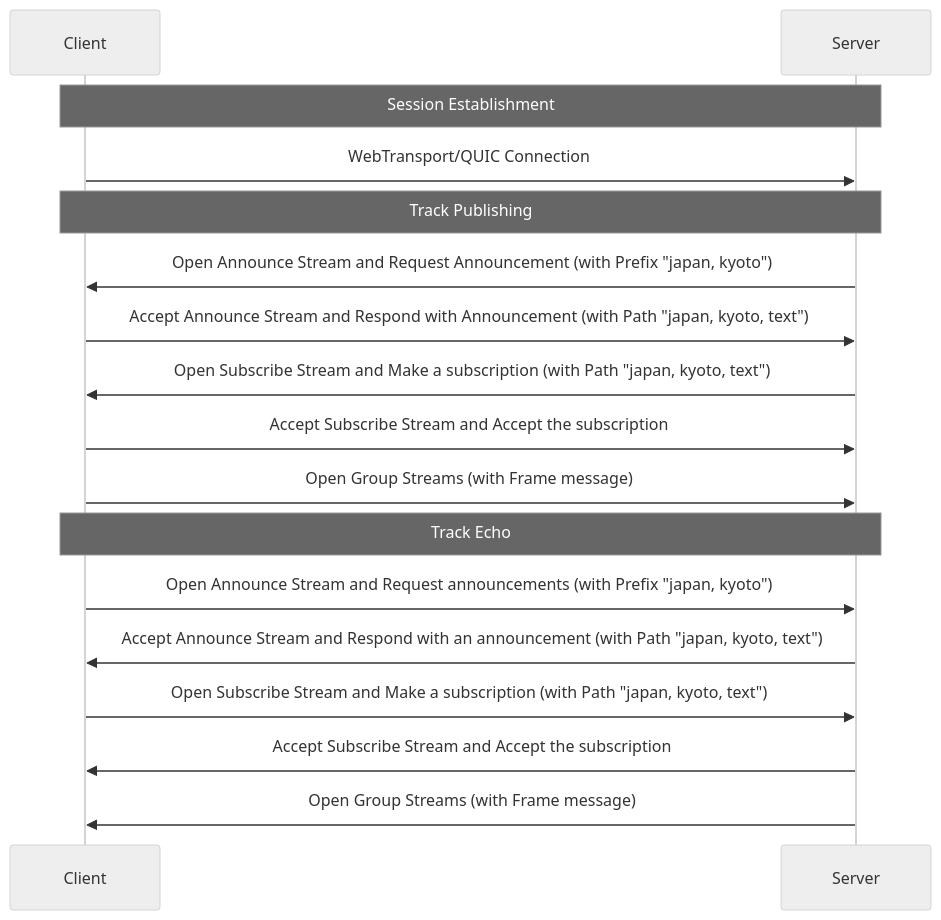
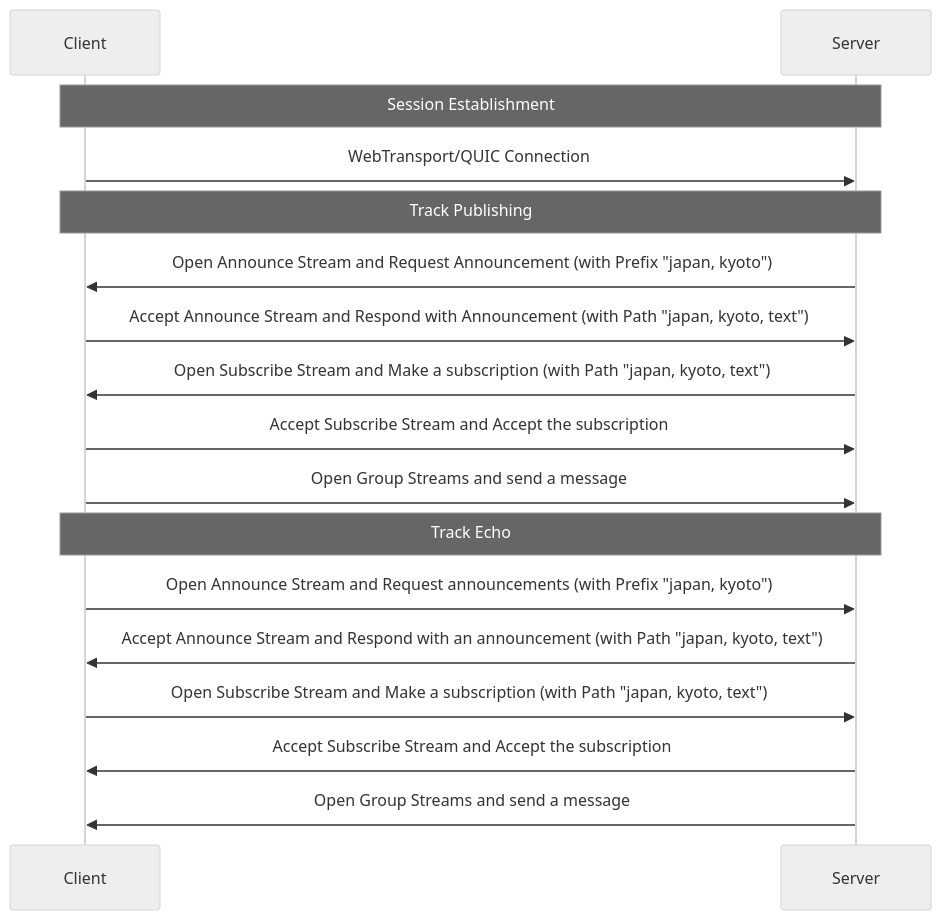
Before and after one commit to OkutaniDaichi0106/gomoqt: the diagram in examples/echo/README.md, drawn with Mermaid (neutral theme). The commit also changed 3 other files, not shown here.

````diff
--- a/examples/echo/README.md
+++ b/examples/echo/README.md
@@ -11,22 +11,22 @@
 ```mermaid
 sequenceDiagram
     participant C as Client
     participant S as Server
 
     Note over C,S: Session Establishment
     C->>S: WebTransport/QUIC Connection
 
     Note over C,S: Track Publishing
     S->>C: Open Announce Stream and Request Announcement (with Prefix "japan, kyoto")
     C->>S: Accept Announce Stream and Respond with Announcement (with Path "japan, kyoto, text")
     S->>C: Open Subscribe Stream and Make a subscription (with Path "japan, kyoto, text")
     C->>S: Accept Subscribe Stream and Accept the subscription
-    C->>S: Open Group Streams (with Frame message)
+    C->>S: Open Group Streams and send a message
 
     Note over C,S: Track Echo
     C->>S: Open Announce Stream and Request announcements (with Prefix "japan, kyoto")
     S->>C: Accept Announce Stream and Respond with an announcement (with Path "japan, kyoto, text")
     C->>S: Open Subscribe Stream and Make a subscription (with Path "japan, kyoto, text")
     S->>C: Accept Subscribe Stream and Accept the subscription
-    S->>C: Open Group Streams (with Frame message)
+    S->>C: Open Group Streams and send a message
 ```
````
